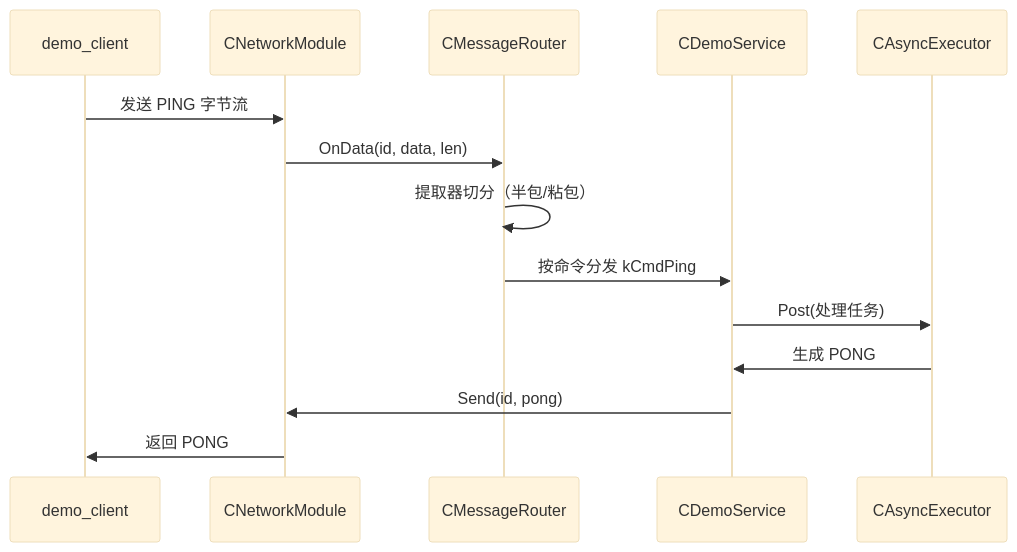
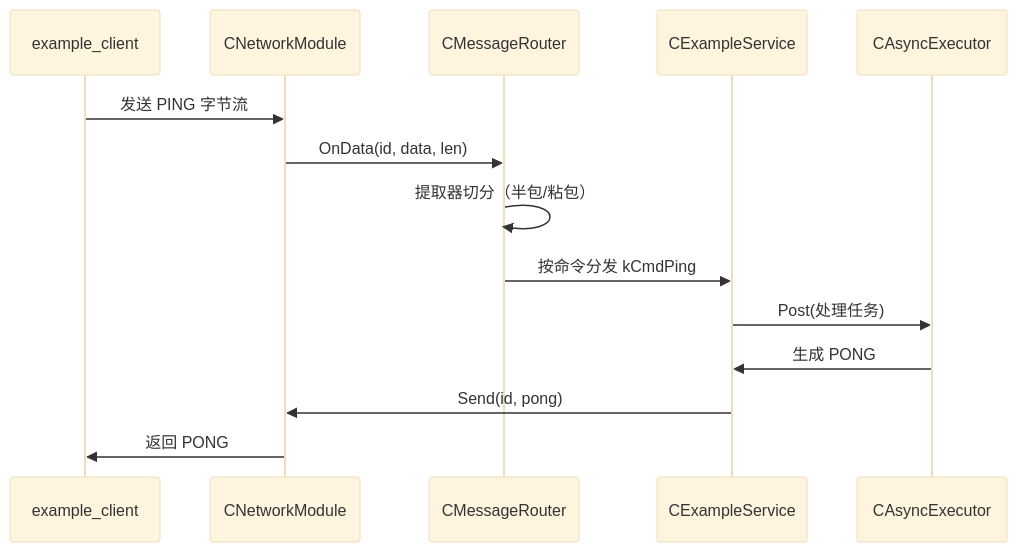
Before and after one commit to MYMarcoreus/COM-Framework: the second of 2 diagrams in docs/architecture.md, drawn with Mermaid (base theme). The commit also changed other lines of this file and 76 other files, not shown here.

First line of the commit message:
refactor: 重命名 ServerA→ServerTemplate、Demo→ServerExample

````diff
--- a/docs/architecture.md
+++ b/docs/architecture.md
@@ -62,16 +62,16 @@
 ```mermaid
 sequenceDiagram
-    participant C as demo_client
+    participant C as example_client
     participant N as CNetworkModule
     participant R as CMessageRouter
-    participant S as CDemoService
+    participant S as CExampleService
     participant X as CAsyncExecutor
     C->>N: 发送 PING 字节流
     N->>R: OnData(id, data, len)
     R->>R: 提取器切分（半包/粘包）
     R->>S: 按命令分发 kCmdPing
     S->>X: Post(处理任务)
     X->>S: 生成 PONG
     S->>N: Send(id, pong)
     N->>C: 返回 PONG
 ```
````
